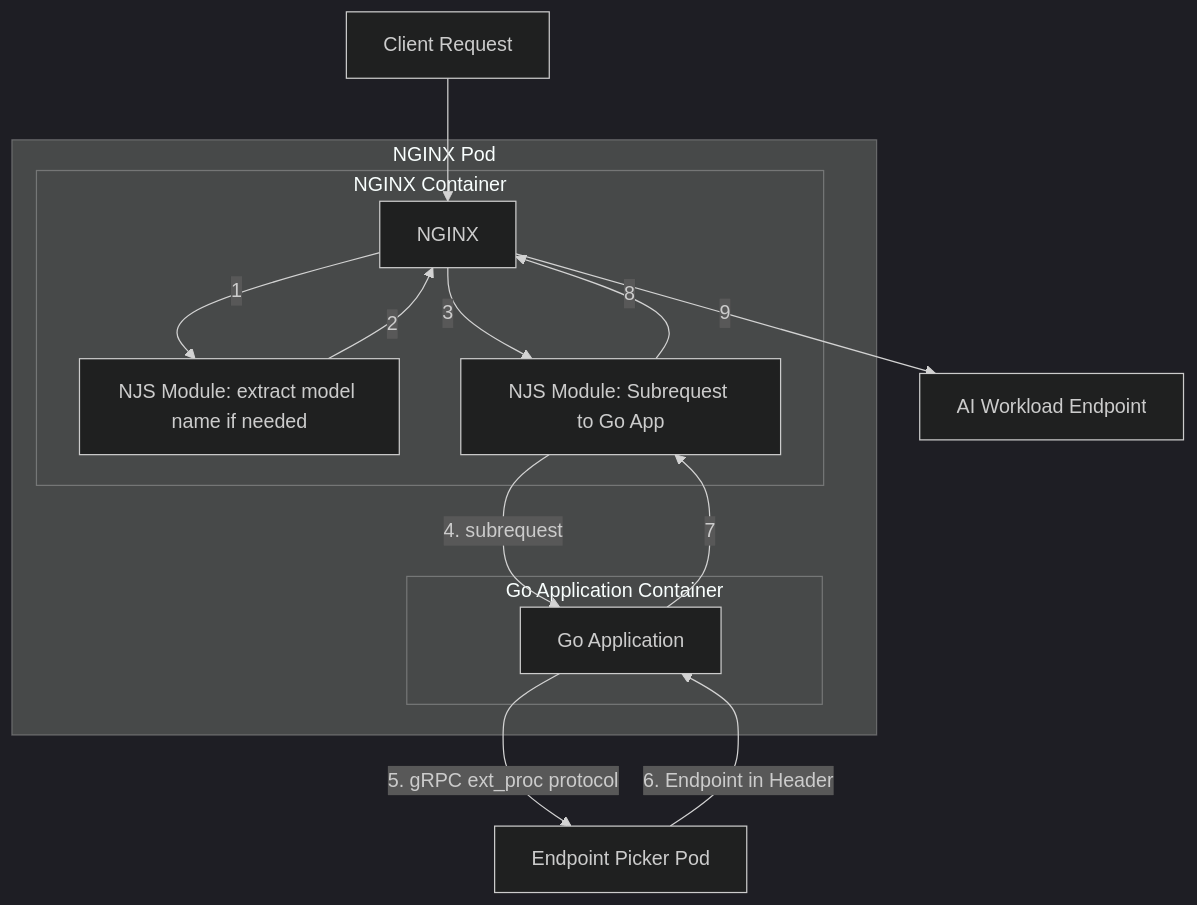
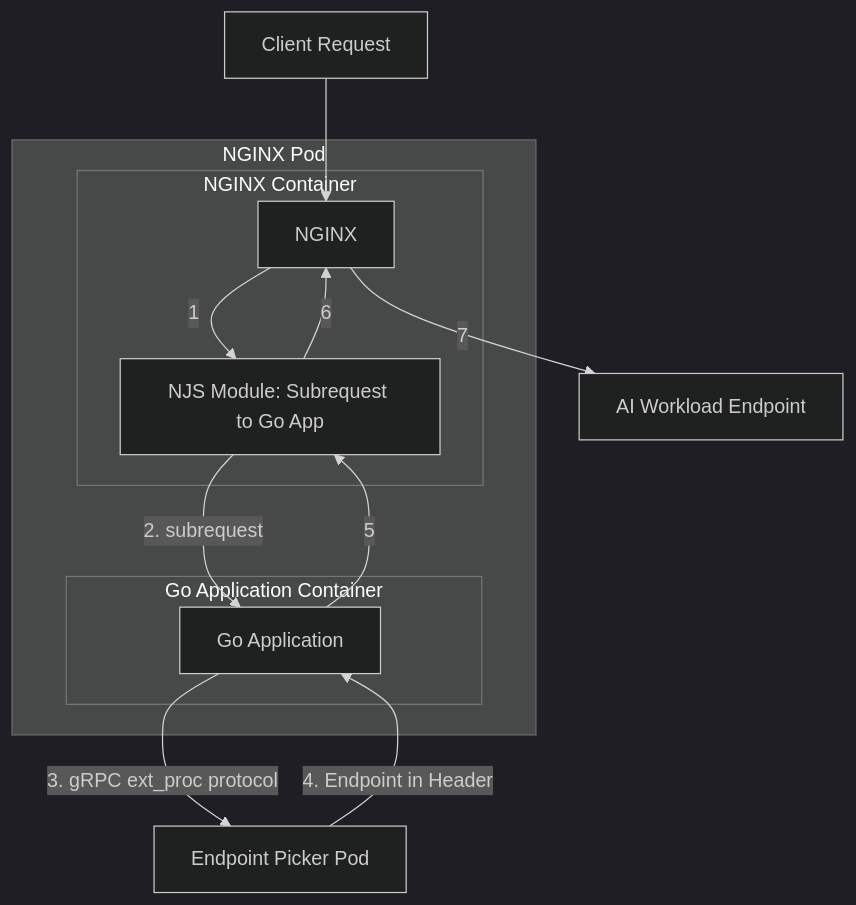
One commit to sjberman/nginx-gateway-fabric changed the diagram in docs/proposals/gateway-inference-extension.md. Above: the diagram before and after it, drawn with Mermaid (dark theme).

Commit message:
Update diagram in inference doc (#3945)
The NJS model extraction module isn't needed at this time, so the diagram needs to be updated.

````diff
--- a/docs/proposals/gateway-inference-extension.md
+++ b/docs/proposals/gateway-inference-extension.md
@@ -74,20 +74,18 @@
 ```mermaid
 flowchart TD
   A[Client Request] --> B[NGINX]
   subgraph NGINX Pod
     subgraph NGINX Container
-      B --1--> C[NJS Module: extract model name if needed]
-      C --2--> B
-      B --3--> D[NJS Module: Subrequest to Go App]
+      B --1--> C[NJS Module: Subrequest to Go App]
     end
     subgraph Go Application Container
-      E[Go Application]
+      D[Go Application]
     end
-    D -- 4. subrequest --> E
+    C -- 2. subrequest --> D
   end
-  E -- 5. gRPC ext_proc protocol --> F[Endpoint Picker Pod]
-  F -- 6. Endpoint in Header --> E
-  E --7--> D
-  D --8--> B
-  B --9--> G[AI Workload Endpoint]
+  D -- 3. gRPC ext_proc protocol --> E[Endpoint Picker Pod]
+  E -- 4. Endpoint in Header --> D
+  D --5--> C
+  C --6--> B
+  B --7--> F[AI Workload Endpoint]
 ```
````
